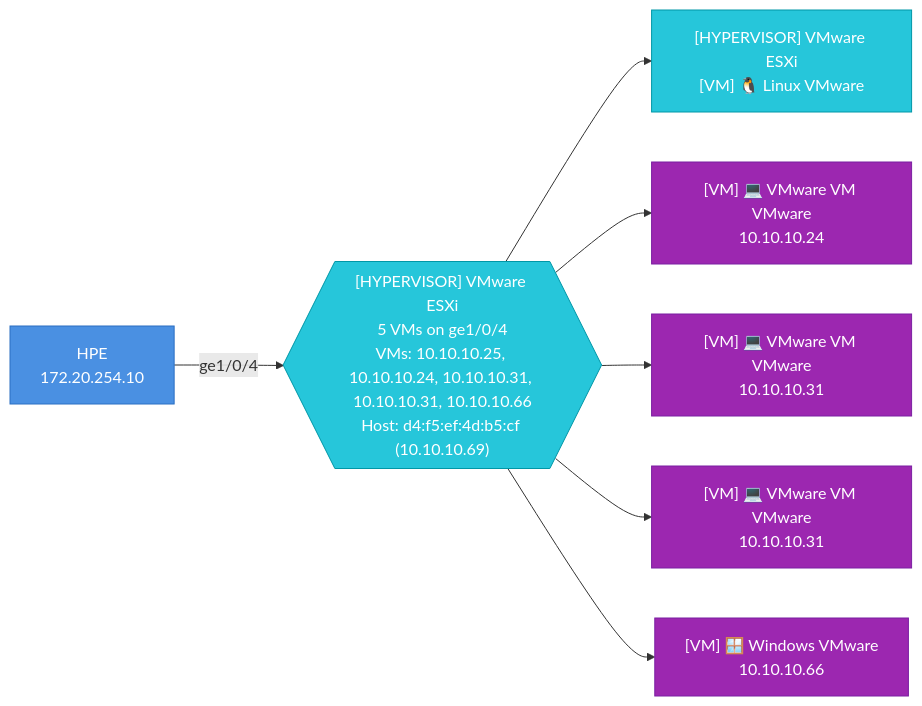
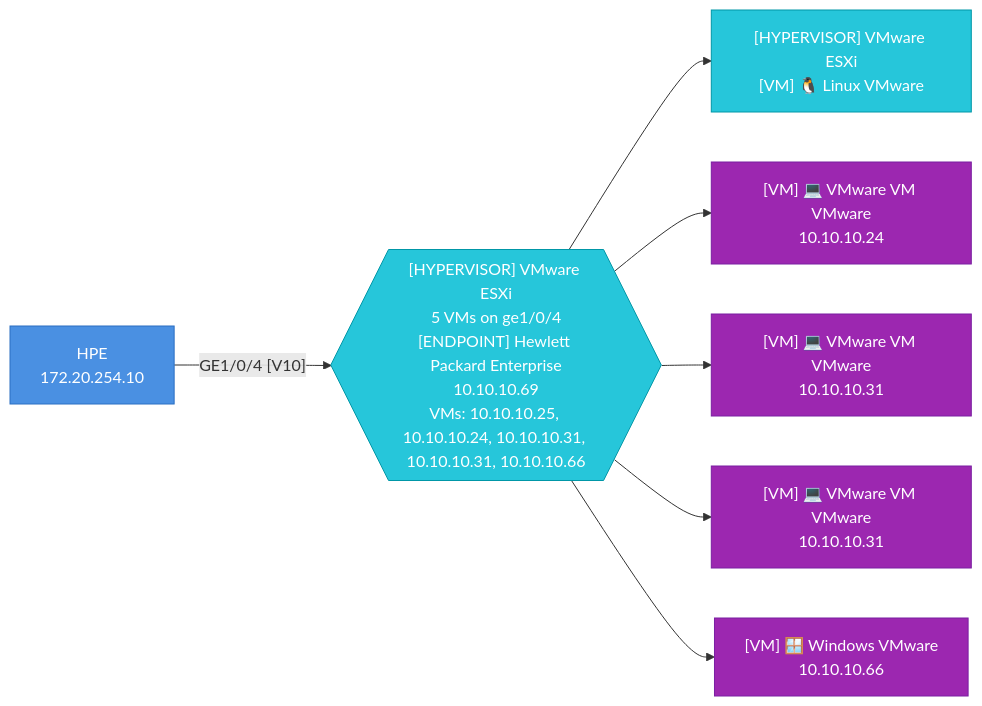
Diagram 41 of 51 in testdata/golden/report_esxi_sections.md (djamic/LLDP-Skanner-Go), drawn with Mermaid before and after one commit. The commit also changed other lines of this file and 5 other files, not shown here.

First line of the commit message:
Hypervisors: a confirmed ESXi host on the VM port is the hypervisor

````diff
--- a/testdata/golden/report_esxi_sections.md
+++ b/testdata/golden/report_esxi_sections.md
@@ -990,23 +1031,23 @@
 ```mermaid
 graph LR
-  hyp_4caea3277eca_ge1_0_4{{"[HYPERVISOR] VMware ESXi<br>5 VMs on ge1/0/4<br>VMs: 10.10.10.25, 10.10.10.24, 10.10.10.31, 10.10.10.31, 10.10.10.66<br>Host: d4:f5:ef:4d:b5:cf (10.10.10.69)"}}
+  d4f5ef4db5cf{{"[HYPERVISOR] VMware ESXi<br>5 VMs on ge1/0/4<br>[ENDPOINT] Hewlett Packard Enterprise<br>10.10.10.69<br>VMs: 10.10.10.25, 10.10.10.24, 10.10.10.31, 10.10.10.31, 10.10.10.66"}}
   4caea3277eca["HPE<br>172.20.254.10"]
-  4caea3277eca-- "ge1/0/4" -->hyp_4caea3277eca_ge1_0_4
+  4caea3277eca-- "GE1/0/4 [V10]" -->d4f5ef4db5cf
   style 4caea3277eca fill:#4A90E2,stroke:#2A6FC2,color:#fff
   000c2920d660["[HYPERVISOR] VMware ESXi<br>[VM] 🐧 Linux VMware"]
-  hyp_4caea3277eca_ge1_0_4-->000c2920d660
+  d4f5ef4db5cf-->000c2920d660
   style 000c2920d660 fill:#26C6DA,stroke:#0097A7,color:#fff
   000c29586fca["[VM] 💻 VMware VM VMware<br>10.10.10.24"]
-  hyp_4caea3277eca_ge1_0_4-->000c29586fca
+  d4f5ef4db5cf-->000c29586fca
   style 000c29586fca fill:#9C27B0,stroke:#7B1FA2,color:#fff
   000c29778352["[VM] 💻 VMware VM VMware<br>10.10.10.31"]
-  hyp_4caea3277eca_ge1_0_4-->000c29778352
+  d4f5ef4db5cf-->000c29778352
   style 000c29778352 fill:#9C27B0,stroke:#7B1FA2,color:#fff
   000c29778366["[VM] 💻 VMware VM VMware<br>10.10.10.31"]
-  hyp_4caea3277eca_ge1_0_4-->000c29778366
+  d4f5ef4db5cf-->000c29778366
   style 000c29778366 fill:#9C27B0,stroke:#7B1FA2,color:#fff
   000c29d2c063["[VM] 🪟 Windows VMware<br>10.10.10.66"]
-  hyp_4caea3277eca_ge1_0_4-->000c29d2c063
+  d4f5ef4db5cf-->000c29d2c063
   style 000c29d2c063 fill:#9C27B0,stroke:#7B1FA2,color:#fff
-  style hyp_4caea3277eca_ge1_0_4 fill:#26C6DA,stroke:#0097A7,color:#fff
+  style d4f5ef4db5cf fill:#26C6DA,stroke:#0097A7,color:#fff
 ```
````
